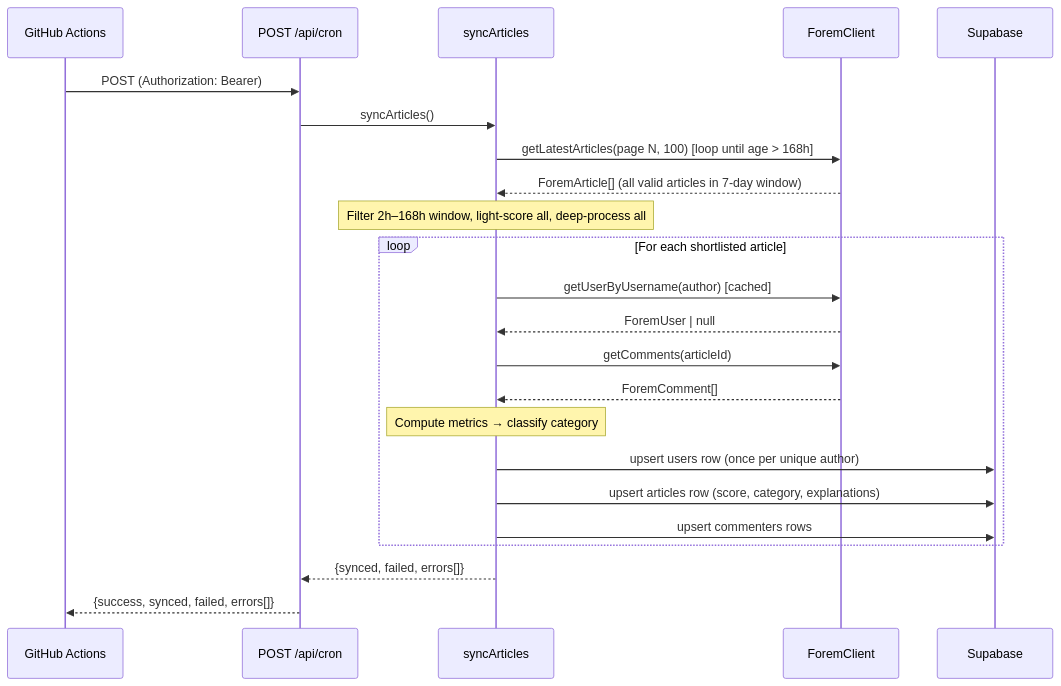
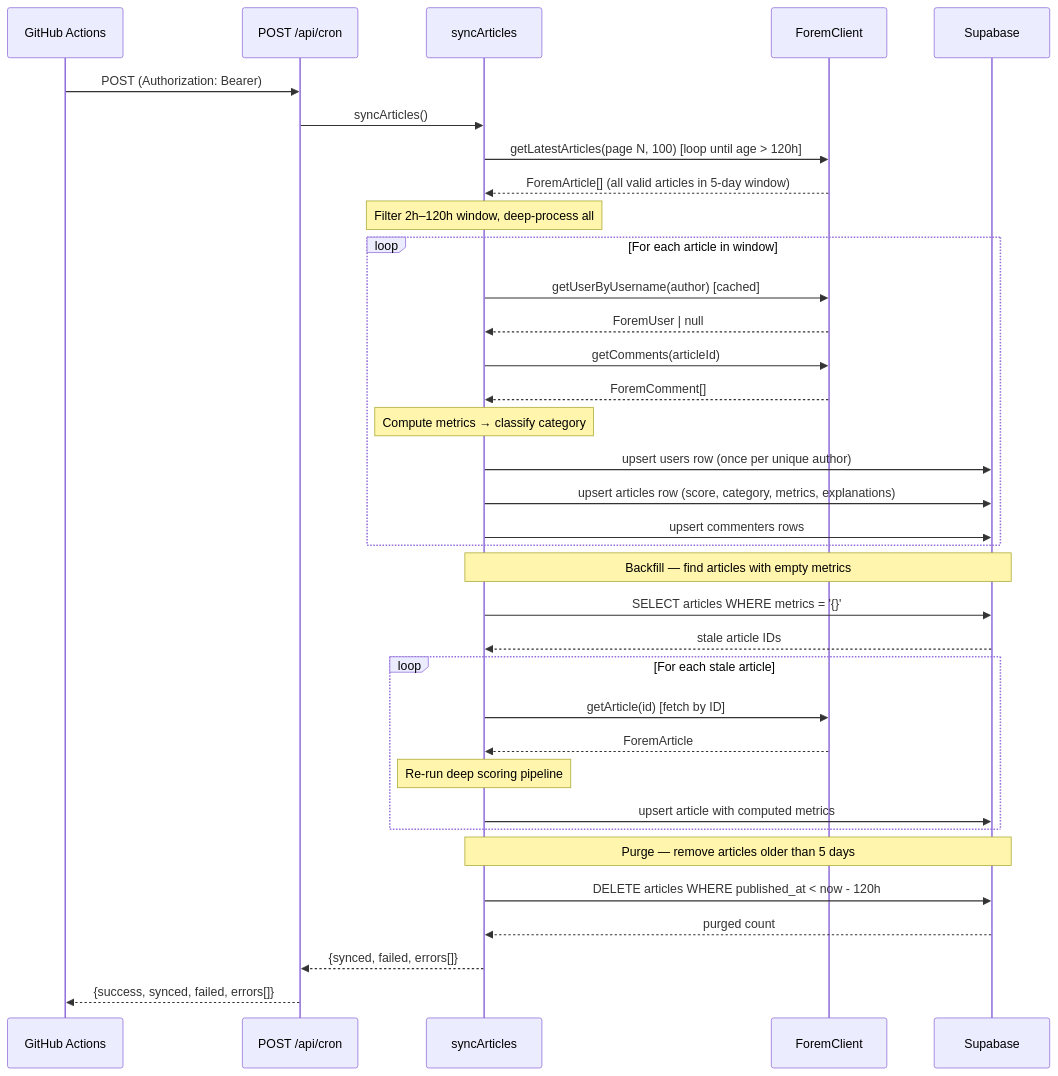
One commit to ChecKMarKDevTools/dev-community-dashboard changed the second of 3 diagrams in README.md. Above: the diagram before and after it, drawn with Mermaid. The commit also changed other lines of this file and 38 other files, not shown here.

````diff
--- a/README.md
+++ b/README.md
@@ -40,28 +42,43 @@
 ```mermaid
 sequenceDiagram
   participant GHA as GitHub Actions
   participant Cron as POST /api/cron
   participant Sync as syncArticles
   participant FC as ForemClient
   participant SB as Supabase
 
   GHA->>Cron: POST (Authorization: Bearer)
   Cron->>Sync: syncArticles()
-  Sync->>FC: getLatestArticles(page N, 100) [loop until age > 168h]
-  FC-->>Sync: ForemArticle[] (all valid articles in 7-day window)
-  Note over Sync: Filter 2h–168h window, light-score all, deep-process all
+  Sync->>FC: getLatestArticles(page N, 100) [loop until age > 120h]
+  FC-->>Sync: ForemArticle[] (all valid articles in 5-day window)
+  Note over Sync: Filter 2h–120h window, deep-process all
 
-  loop For each shortlisted article
+  loop For each article in window
     Sync->>FC: getUserByUsername(author) [cached]
     FC-->>Sync: ForemUser | null
     Sync->>FC: getComments(articleId)
     FC-->>Sync: ForemComment[]
     Note over Sync: Compute metrics → classify category
     Sync->>SB: upsert users row (once per unique author)
-    Sync->>SB: upsert articles row (score, category, explanations)
+    Sync->>SB: upsert articles row (score, category, metrics, explanations)
     Sync->>SB: upsert commenters rows
   end
+
+  Note over Sync,SB: Backfill — find articles with empty metrics
+  Sync->>SB: SELECT articles WHERE metrics = '{}'
+  SB-->>Sync: stale article IDs
+
+  loop For each stale article
+    Sync->>FC: getArticle(id) [fetch by ID]
+    FC-->>Sync: ForemArticle
+    Note over Sync: Re-run deep scoring pipeline
+    Sync->>SB: upsert article with computed metrics
+  end
+
+  Note over Sync,SB: Purge — remove articles older than 5 days
+  Sync->>SB: DELETE articles WHERE published_at < now - 120h
+  SB-->>Sync: purged count
 
   Sync-->>Cron: {synced, failed, errors[]}
   Cron-->>GHA: {success, synced, failed, errors[]}
 ```
````
